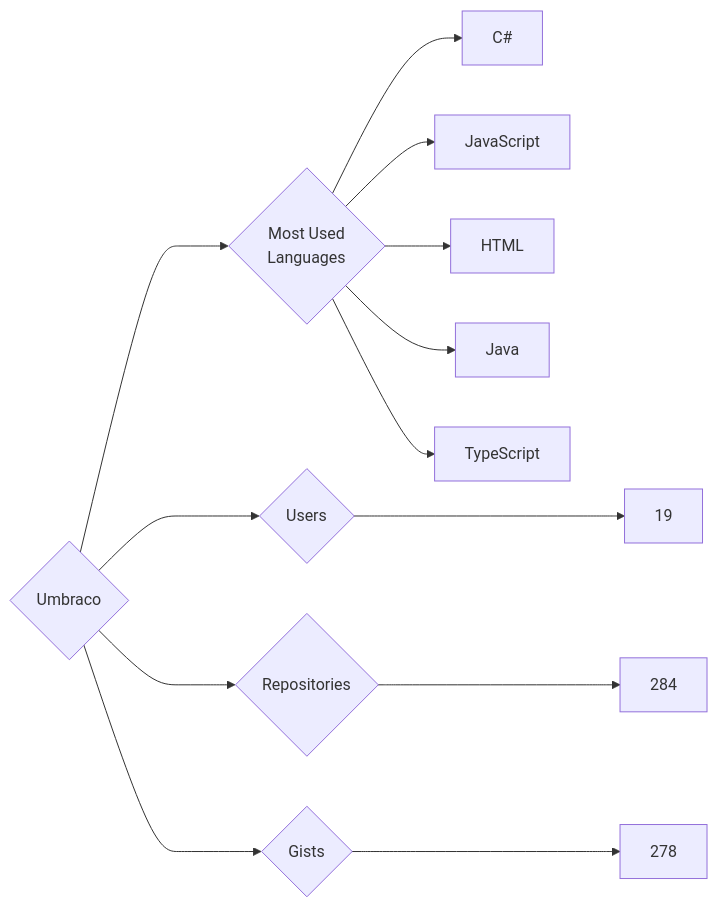
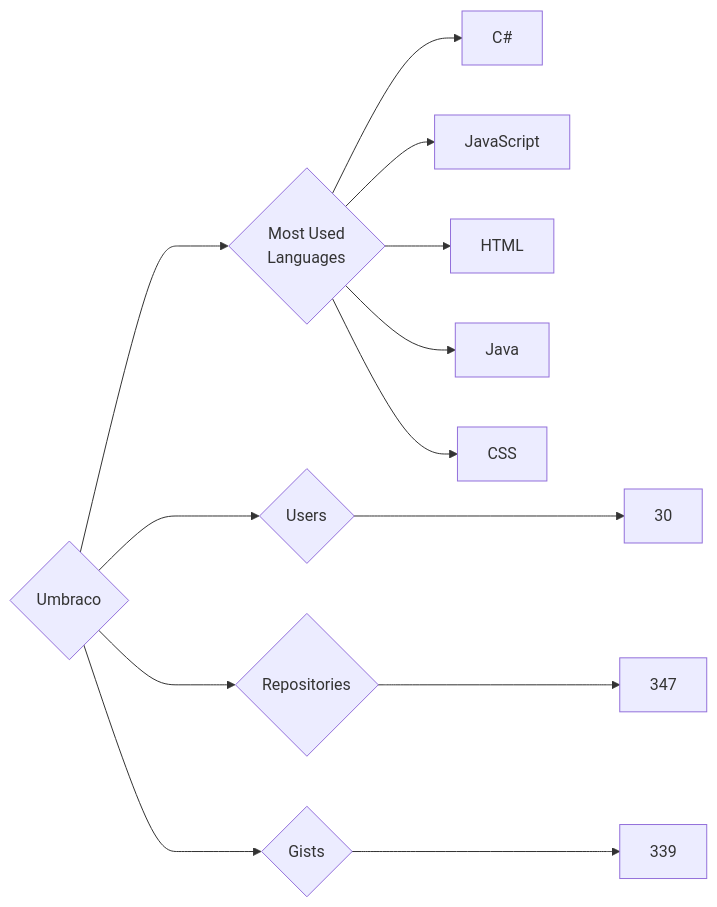
Before and after one commit to trickest/insiders: the diagram in targets/Umbraco/README.md, drawn with Mermaid. The commit also changed 964 other files, not shown here.

````diff
--- a/targets/Umbraco/README.md
+++ b/targets/Umbraco/README.md
@@ -3,13 +3,13 @@
 ```mermaid
 graph LR
 COMPANY_NAME{Umbraco}
-COMPANY_NAME ---> U{Users} ---> UN[19]
-COMPANY_NAME ---> R{Repositories} ---> RN[284]
-COMPANY_NAME ---> G{Gists} ---> GN[278]
+COMPANY_NAME ---> U{Users} ---> UN[30]
+COMPANY_NAME ---> R{Repositories} ---> RN[347]
+COMPANY_NAME ---> G{Gists} ---> GN[339]
 COMPANY_NAME ---> ML{Most Used<br>Languages}
 ML --> C#[C#]
 ML --> JavaScript[JavaScript]
 ML --> HTML[HTML]
 ML --> Java[Java]
-ML --> TypeScript[TypeScript]
+ML --> CSS[CSS]
 ```
````
